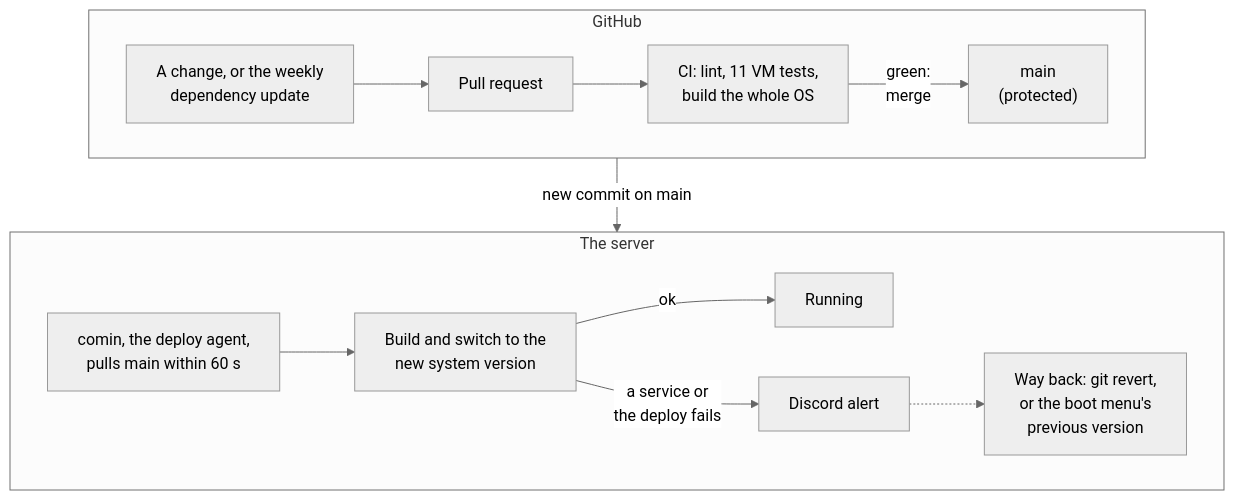
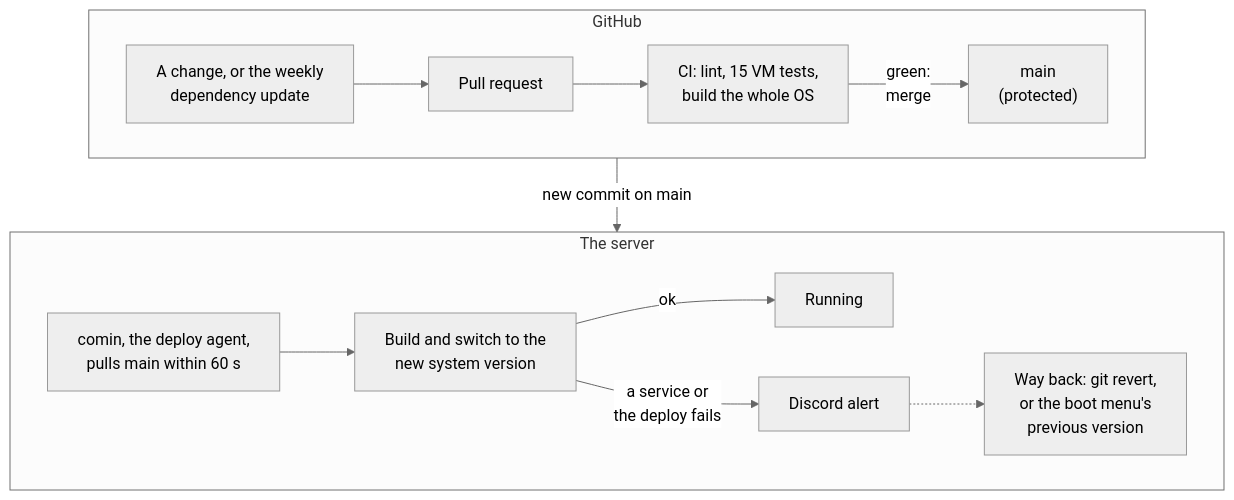
The first of 2 diagrams in README.md (alexCranfield/nixos-homeserver), drawn with Mermaid (neutral theme) before and after one commit. The commit also changed other lines of this file and 2 other files, not shown here.

````diff
--- a/README.md
+++ b/README.md
@@ -17,22 +17,22 @@
 ```mermaid
 flowchart TD
     subgraph github["GitHub"]
         direction LR
         bot["A change, or the weekly<br/>dependency update"]
         pr["Pull request"]
-        ci["CI: lint, 11 VM tests,<br/>build the whole OS"]
+        ci["CI: lint, 15 VM tests,<br/>build the whole OS"]
         main["main<br/>(protected)"]
         bot --> pr --> ci -->|"green:<br/>merge"| main
     end
     subgraph nuc["The server"]
         direction LR
         comin["comin, the deploy agent,<br/>pulls main within 60 s"]
         switch["Build and switch to the<br/>new system version"]
         running["Running"]
         alert["Discord alert"]
         back["Way back: git revert,<br/>or the boot menu's<br/>previous version"]
         comin --> switch -->|ok| running
         switch -->|"a service or<br/>the deploy fails"| alert -.-> back
     end
     github -->|"new commit on main"| nuc
 ```
````
